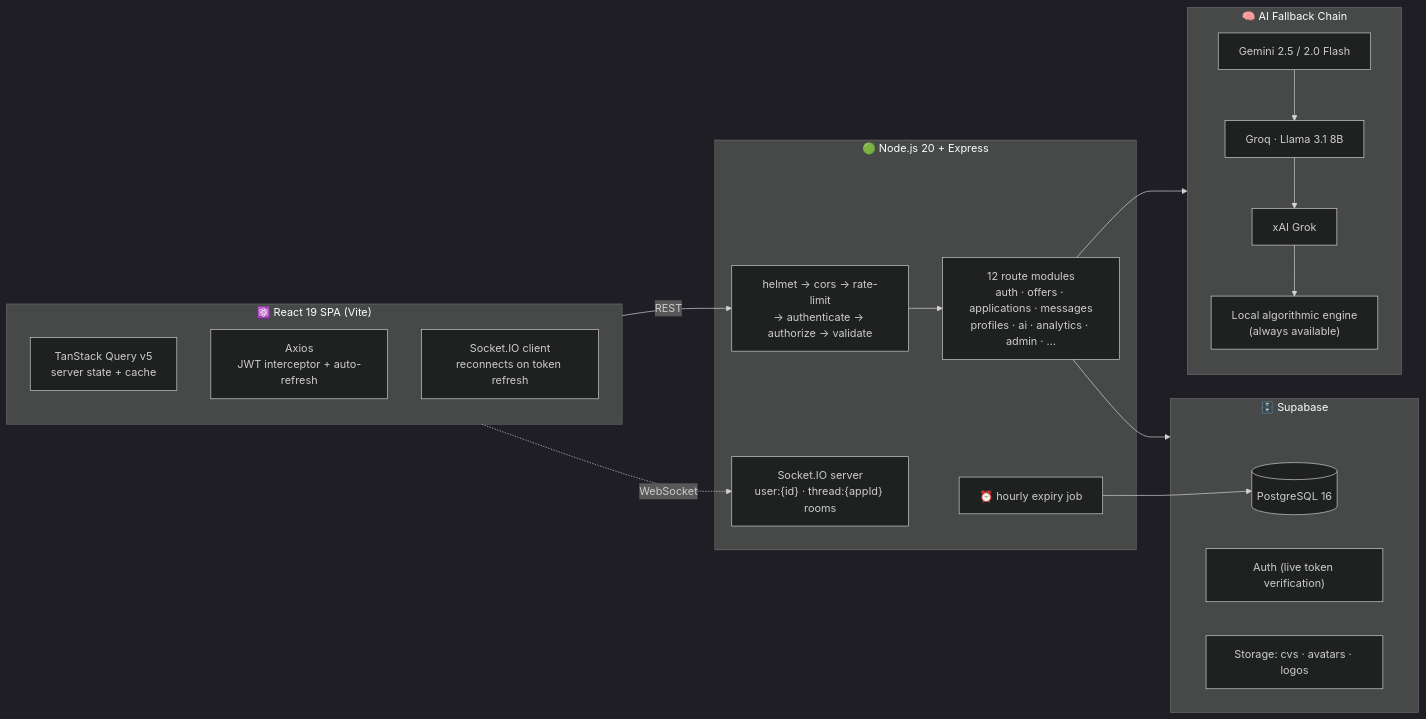
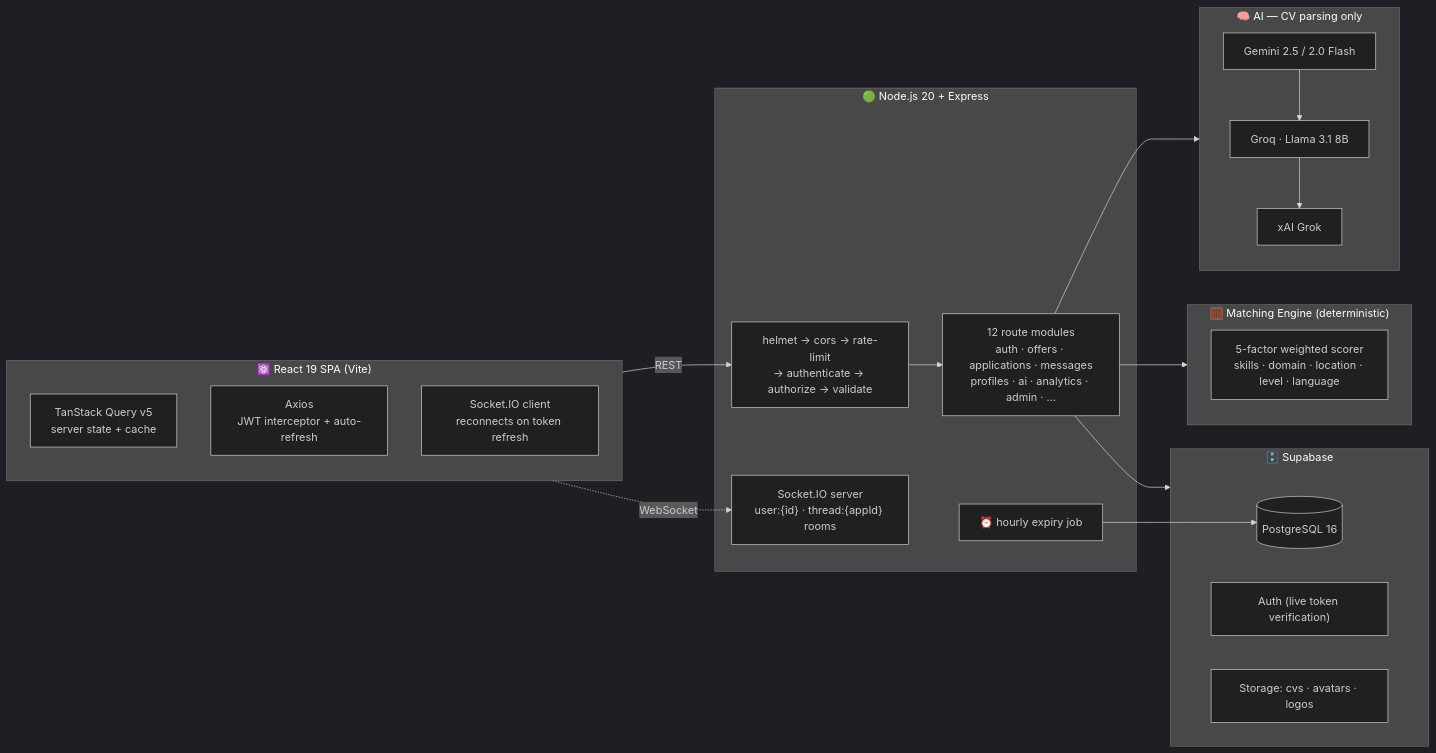
The first of 4 diagrams in README.md (mahitoh/internbeacon), drawn with Mermaid (dark theme) before and after one commit. The commit also changed other lines of this file and 53 other files, not shown here.

First line of the commit message:
feat: replace AI matching with deterministic algorithmic engine & UI overhaul

````diff
--- a/README.md
+++ b/README.md
@@ -94,31 +94,36 @@
 ```mermaid
 flowchart LR
     subgraph Client["⚛️ React 19 SPA (Vite)"]
         RQ["TanStack Query v5<br/>server state + cache"]
         AX["Axios<br/>JWT interceptor + auto-refresh"]
         SC["Socket.IO client<br/>reconnects on token refresh"]
     end
 
     subgraph Server["🟢 Node.js 20 + Express"]
         MW["helmet → cors → rate-limit<br/>→ authenticate → authorize → validate"]
         RT["12 route modules<br/>auth · offers · applications · messages<br/>profiles · ai · analytics · admin · …"]
         IO["Socket.IO server<br/>user:{id} · thread:{appId} rooms"]
         JOB["⏰ hourly expiry job"]
     end
 
     subgraph Data["🗄️ Supabase"]
         PG[("PostgreSQL 16")]
         AUTH["Auth (live token verification)"]
         ST["Storage: cvs · avatars · logos"]
     end
 
-    subgraph AI["🧠 AI Fallback Chain"]
-        G["Gemini 2.5 / 2.0 Flash"] --> Q["Groq · Llama 3.1 8B"] --> X["xAI Grok"] --> F["Local algorithmic engine<br/>(always available)"]
+    subgraph ENG["🧮 Matching Engine (deterministic)"]
+        ME["5-factor weighted scorer<br/>skills · domain · location · level · language"]
+    end
+
+    subgraph CV["🧠 AI — CV parsing only"]
+        G["Gemini 2.5 / 2.0 Flash"] --> Q["Groq · Llama 3.1 8B"] --> X["xAI Grok"]
     end
 
     Client -- REST --> MW --> RT
     Client -. WebSocket .-> IO
     RT --> Data
-    RT --> AI
+    RT --> ENG
+    RT --> CV
     JOB --> PG
 ```
````
